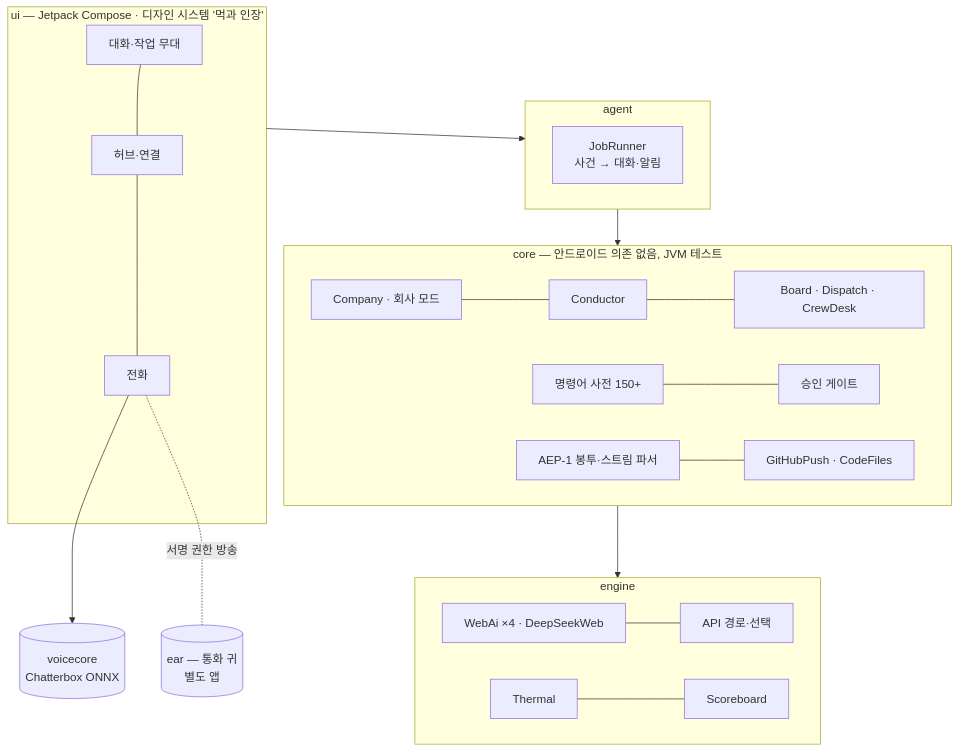
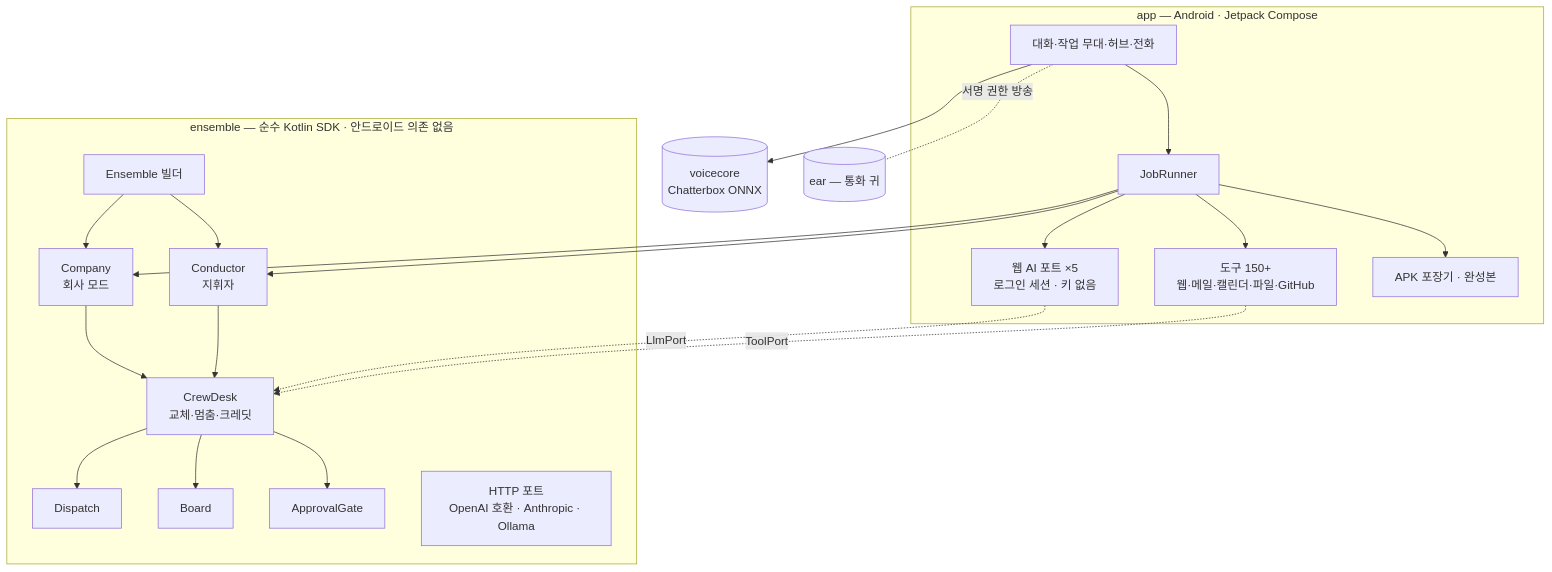
Before and after one commit to heok0308hth-glitch/HJTK: the fourth of 4 diagrams in README.md, drawn with Mermaid. The commit also changed other lines of this file and 78 other files, not shown here.

First line of the commit message:
3.7.0: Ensemble — Kotlin 멀티 에이전트 오케스트레이션 SDK 공개

````diff
--- a/README.md
+++ b/README.md
@@ -164,24 +179,23 @@
 ```mermaid
 flowchart TB
-    subgraph UI[ui — Jetpack Compose · 디자인 시스템 '먹과 인장']
-      Chat[대화·작업 무대] --- Hub[허브·연결] --- Call[전화]
+    subgraph APP[app — Android · Jetpack Compose]
+      UI[대화·작업 무대·허브·전화] --> JR[JobRunner]
+      JR --> Ports[웹 AI 포트 ×5<br/>로그인 세션 · 키 없음]
+      JR --> Tools[도구 150+<br/>웹·메일·캘린더·파일·GitHub]
+      JR --> Forge[APK 포장기 · 완성본]
     end
-    subgraph Agent[agent]
-      JR[JobRunner<br/>사건 → 대화·알림]
+    subgraph SDK[ensemble — 순수 Kotlin SDK · 안드로이드 의존 없음]
+      E[Ensemble 빌더] --> Comp[Company<br/>회사 모드]
+      E --> Cond[Conductor<br/>지휘자]
+      Comp & Cond --> Desk[CrewDesk<br/>교체·멈춤·크레딧]
+      Desk --> Disp[Dispatch] & Board[Board] & Gate[ApprovalGate]
+      HP[HTTP 포트<br/>OpenAI 호환 · Anthropic · Ollama]
     end
-    subgraph Core[core — 안드로이드 의존 없음, JVM 테스트]
-      Comp[Company · 회사 모드] --- Cond[Conductor] --- Ens[Board · Dispatch · CrewDesk]
-      Cmd[명령어 사전 150+] --- Aegis[승인 게이트]
-      AEP[AEP-1 봉투·스트림 파서] --- GH[GitHubPush · CodeFiles]
-    end
-    subgraph Engine[engine]
-      Web[WebAi ×4 · DeepSeekWeb] --- Api[API 경로·선택]
-      Th[Thermal] --- Score[Scoreboard]
-    end
+    JR --> Comp & Cond
+    Ports -. LlmPort .-> Desk
+    Tools -. ToolPort .-> Desk
     VC[(voicecore<br/>Chatterbox ONNX)]
-    Ear[(ear — 통화 귀<br/>별도 앱)]
-    UI --> Agent --> Core
-    Core --> Engine
-    Call --> VC
-    Call -. 서명 권한 방송 .- Ear
+    Ear[(ear — 통화 귀)]
+    UI --> VC
+    UI -. 서명 권한 방송 .- Ear
 ```
````
